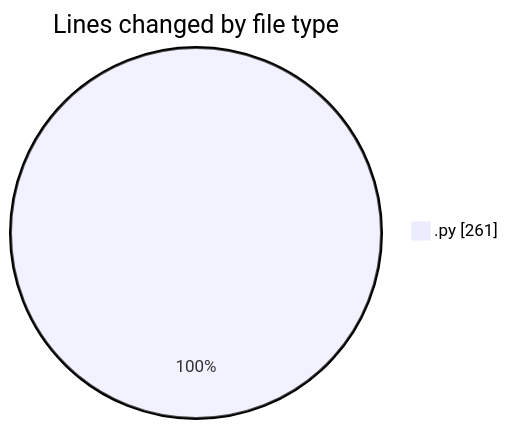
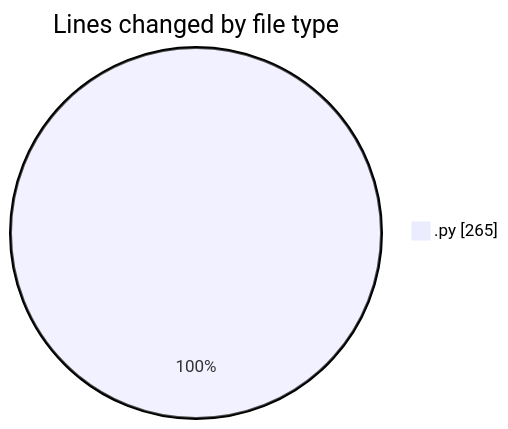
One commit to MatusMokan/code-tracking changed the first of 2 diagrams in 2025-03-17/myws__workspace_/README.md. Above: the diagram before and after it, drawn with Mermaid. The commit also changed other lines of this file and 1 other file, not shown here.

````diff
--- a/2025-03-17/myws__workspace_/README.md
+++ b/2025-03-17/myws__workspace_/README.md
@@ -21,5 +21,5 @@
 ```mermaid
 pie showData
 title Lines changed by file type
-".py" : 261
+".py" : 265
 ```
````
